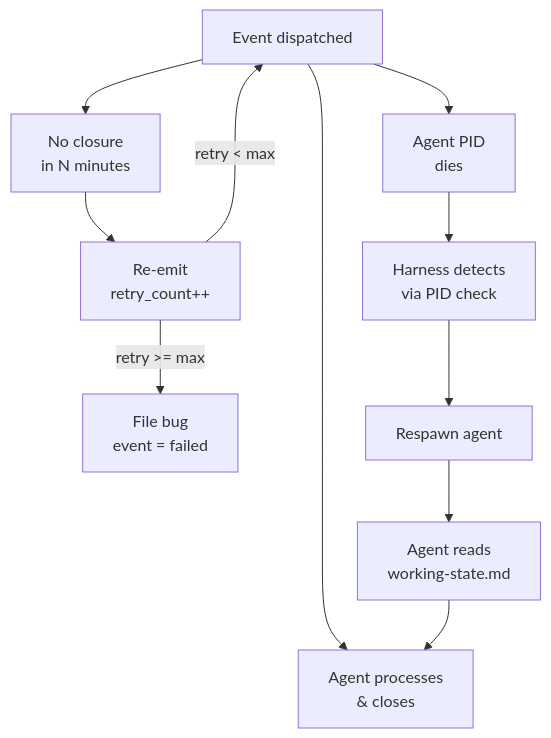
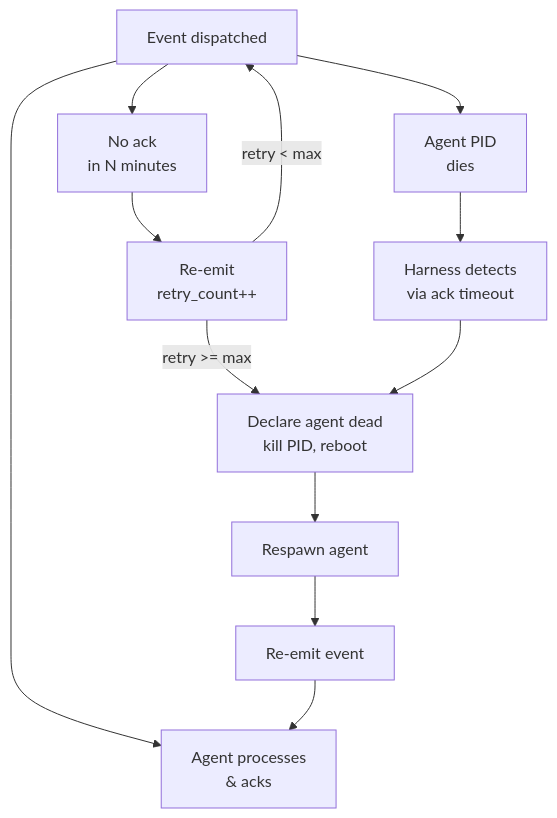
The fifth of 6 diagrams in .squidsquad/pm/planning/FEAT-PM-7630-PRD.md (WallyDoodlez/SquidSquad), drawn with Mermaid before and after one commit. The commit also changed other lines of this file, not shown here.

Commit message:
pm: #7630 — PRD v2: full rewrite with 5-event model, ack closure, external activity detector (35 consistency fixes applied)

````diff
--- a/.squidsquad/pm/planning/FEAT-PM-7630-PRD.md
+++ b/.squidsquad/pm/planning/FEAT-PM-7630-PRD.md
@@ -231,15 +232,16 @@
 ```mermaid
 graph TD
-    EVENT["Event dispatched"] --> HAPPY["Agent processes<br/>& closes"]
-    EVENT --> TIMEOUT["No closure<br/>in N minutes"]
+    EVENT["Event dispatched"] --> HAPPY["Agent processes<br/>& acks"]
+    EVENT --> TIMEOUT["No ack<br/>in N minutes"]
     EVENT --> CRASH["Agent PID<br/>dies"]
 
     TIMEOUT --> REEMIT["Re-emit<br/>retry_count++"]
     REEMIT -->|"retry < max"| EVENT
-    REEMIT -->|"retry >= max"| BUG["File bug<br/>event = failed"]
+    REEMIT -->|"retry >= max"| DEAD["Declare agent dead<br/>kill PID, reboot"]
+    DEAD --> RESPAWN["Respawn agent"]
+    RESPAWN --> REEMIT2["Re-emit event"]
+    REEMIT2 --> HAPPY
 
-    CRASH --> DIAGNOSE["Harness detects<br/>via PID check"]
-    DIAGNOSE --> RESPAWN["Respawn agent"]
-    RESPAWN --> RESUME["Agent reads<br/>working-state.md"]
-    RESUME --> HAPPY
+    CRASH --> DETECT["Harness detects<br/>via ack timeout"]
+    DETECT --> DEAD
 ```
````
